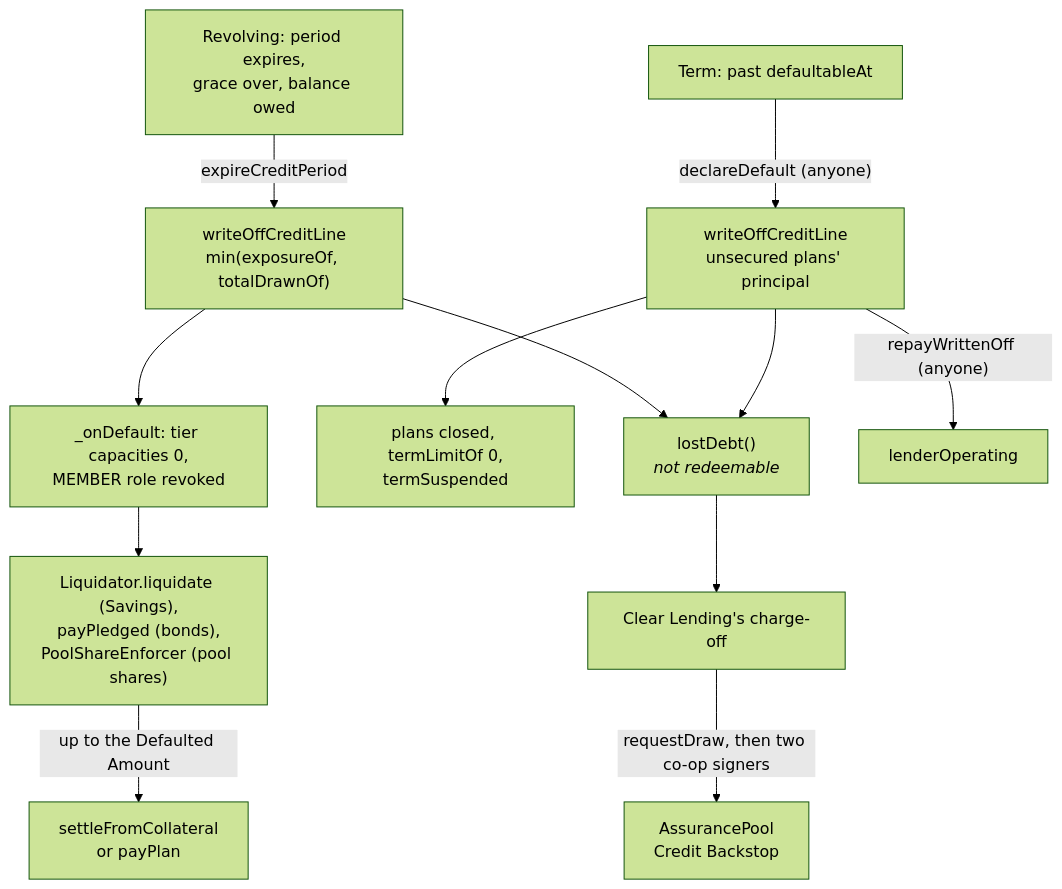
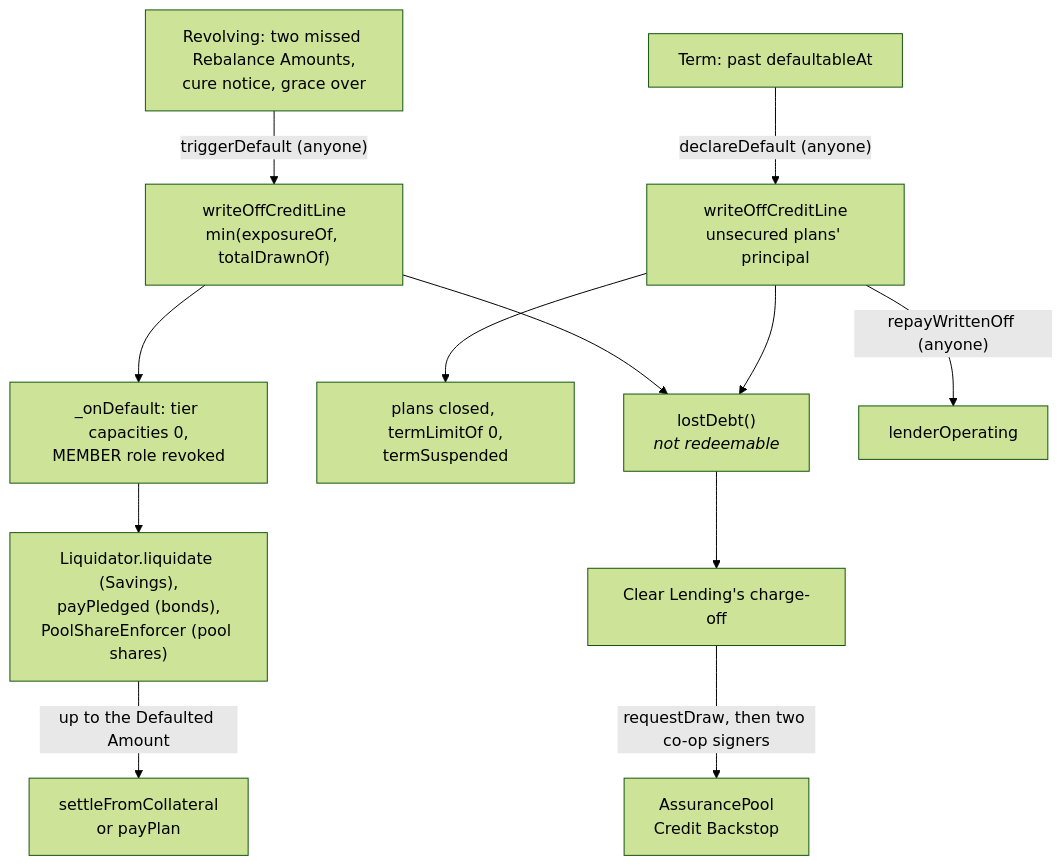
The diagram in docs/protocol/credit.md (Deed3Labs/Protocol-Contracts), drawn with Mermaid (forest theme) before and after one commit. The commit also changed other lines of this file and 51 other files, not shown here.

````diff
--- a/docs/protocol/credit.md
+++ b/docs/protocol/credit.md
@@ -456,14 +459,14 @@
 ```mermaid
 flowchart TD
-  R["Revolving: period expires,<br/>grace over, balance owed"] -->|"expireCreditPeriod"| WR["writeOffCreditLine<br/>min(exposureOf, totalDrawnOf)"]
+  R["Revolving: two missed Rebalance Amounts,<br/>cure notice, grace over"] -->|"triggerDefault (anyone)"| WR["writeOffCreditLine<br/>min(exposureOf, totalDrawnOf)"]
   WR --> OD["_onDefault: tier capacities 0,<br/>MEMBER role revoked"]
   OD --> LQ["Liquidator.liquidate (Savings),<br/>payPledged (bonds),<br/>PoolShareEnforcer (pool shares)"]
   LQ -->|"up to the Defaulted Amount"| SF["settleFromCollateral<br/>or payPlan"]
   T["Term: past defaultableAt"] -->|"declareDefault (anyone)"| WT["writeOffCreditLine<br/>unsecured plans' principal"]
   WT --> TS["plans closed, termLimitOf 0,<br/>termSuspended"]
   WR --> LD["lostDebt()<br/><i>not redeemable</i>"]
   WT --> LD
   LD --> CL["Clear Lending's charge-off"]
   CL -->|"requestDraw, then two co-op signers"| CB["AssurancePool<br/>Credit Backstop"]
   WT -->|"repayWrittenOff (anyone)"| LO["lenderOperating"]
 ```
````
